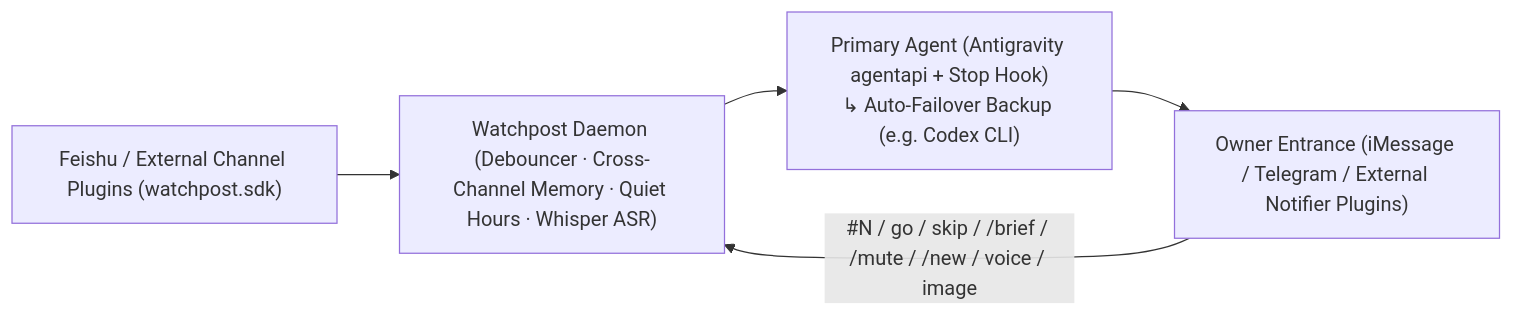
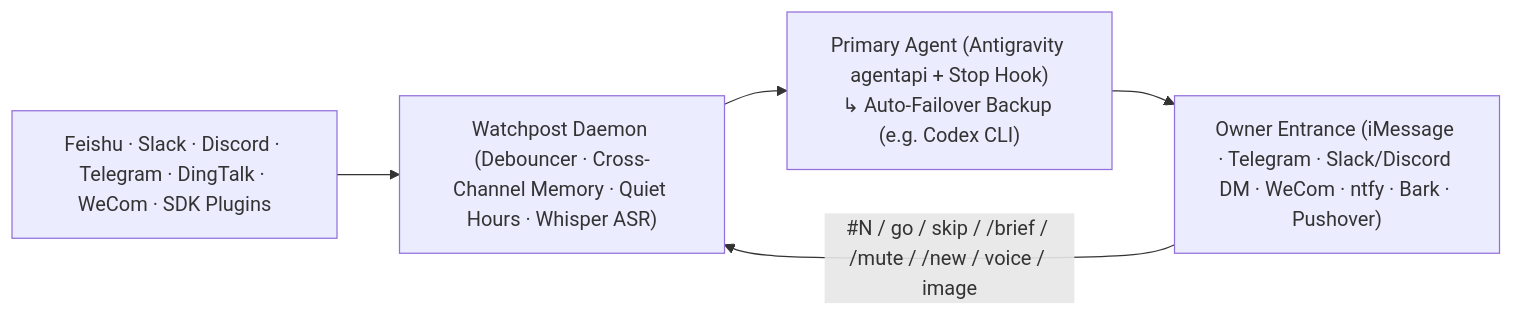
Before and after one commit to Popcornnnnnnnn/watchpost: the diagram in README.md, drawn with Mermaid. The commit also changed other lines of this file and 23 other files, not shown here.

Commit message:
feat: add Slack, Discord, Telegram inbound, DingTalk, WeCom, ntfy, Bark, Pushover, and WhatsApp SDK template

````diff
--- a/README.md
+++ b/README.md
@@ -8,7 +8,7 @@
 ```mermaid
 flowchart LR
-    A["Feishu / External Channel Plugins (watchpost.sdk)"] --> B["Watchpost Daemon (Debouncer · Cross-Channel Memory · Quiet Hours · Whisper ASR)"]
+    A["Feishu · Slack · Discord · Telegram · DingTalk · WeCom · SDK Plugins"] --> B["Watchpost Daemon (Debouncer · Cross-Channel Memory · Quiet Hours · Whisper ASR)"]
     B --> C["Primary Agent (Antigravity agentapi + Stop Hook)\n↳ Auto-Failover Backup (e.g. Codex CLI)"]
-    C --> D["Owner Entrance (iMessage / Telegram / External Notifier Plugins)"]
+    C --> D["Owner Entrance (iMessage · Telegram · Slack/Discord DM · WeCom · ntfy · Bark · Pushover)"]
     D -->|"#N / go / skip / /brief / /mute / /new / voice / image"| B
 ```
````
